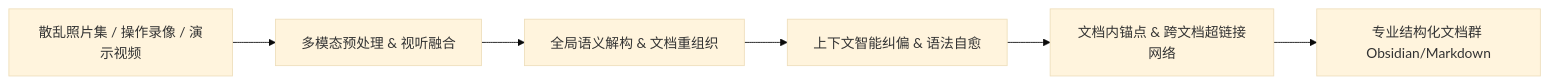
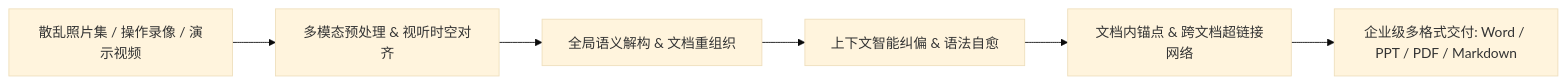
Before and after one commit to TK-zhang/tupian-zhuan-wendang: the diagram in README.md, drawn with Mermaid (base theme). The commit also changed other lines of this file and 18 other files, not shown here.

````diff
--- a/README.md
+++ b/README.md
@@ -20,8 +51,8 @@
 ```mermaid
 flowchart LR
-    A[散乱照片集 / 操作录像 / 演示视频] --> B[多模态预处理 & 视听融合]
+    A[散乱照片集 / 操作录像 / 演示视频] --> B[多模态预处理 & 视听时空对齐]
     B --> C[全局语义解构 & 文档重组织]
     C --> D[上下文智能纠偏 & 语法自愈]
     D --> E[文档内锚点 & 跨文档超链接网络]
-    E --> F[专业结构化文档群 Obsidian/Markdown]
+    E --> F[企业级多格式交付: Word / PPT / PDF / Markdown]
 ```
````
